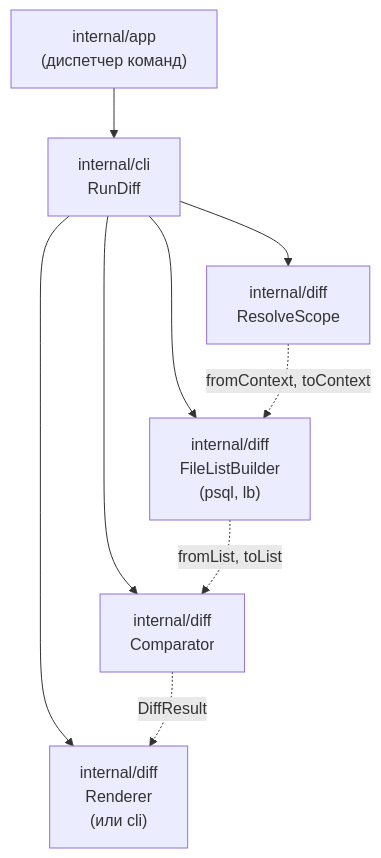
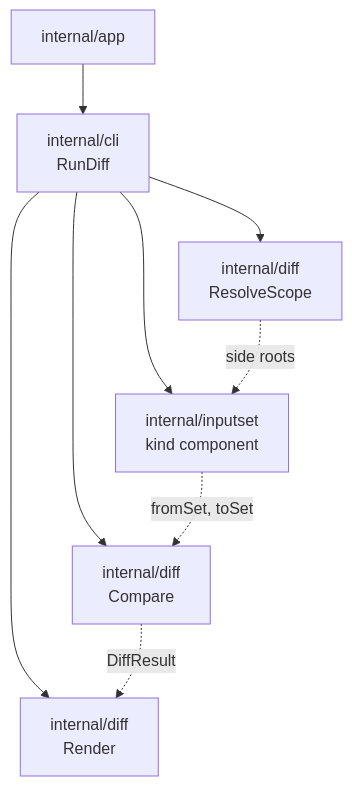
The diagram in docs/architecture/diff-component-structure.RU.md (kimak-irmagi/taidon), drawn with Mermaid before and after one commit. The commit also changed other lines of this file and 16 other files, not shown here.

Commit message:
Proposed architecture refinement documented

````diff
--- a/docs/architecture/diff-component-structure.RU.md
+++ b/docs/architecture/diff-component-structure.RU.md
@@ -99,18 +93,18 @@
 ```mermaid
 flowchart TB
-  APP["internal/app <br/> (диспетчер команд)"]
-  RUN_DIFF["internal/cli <br/> RunDiff"]
-  RESOLVER["internal/diff <br/> ResolveScope"]
-  BUILDER["internal/diff <br/> FileListBuilder<br/>(psql, lb)"]
-  COMPARE["internal/diff <br/> Comparator"]
-  RENDER["internal/diff <br/> Renderer<br/>(или cli)"]
+  APP["internal/app"]
+  RUN_DIFF["internal/cli<br/>RunDiff"]
+  RESOLVER["internal/diff<br/>ResolveScope"]
+  INPUTSET["internal/inputset<br/>kind component"]
+  COMPARE["internal/diff<br/>Compare"]
+  RENDER["internal/diff<br/>Render"]
 
   APP --> RUN_DIFF
   RUN_DIFF --> RESOLVER
-  RUN_DIFF --> BUILDER
+  RUN_DIFF --> INPUTSET
   RUN_DIFF --> COMPARE
   RUN_DIFF --> RENDER
-  RESOLVER -.->|fromContext, toContext| BUILDER
-  BUILDER -.->|fromList, toList| COMPARE
+  RESOLVER -.->|side roots| INPUTSET
+  INPUTSET -.->|fromSet, toSet| COMPARE
   COMPARE -.->|DiffResult| RENDER
 ```
````
